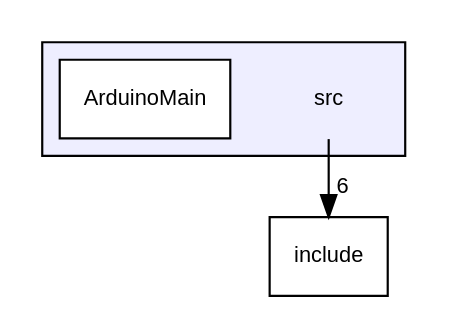
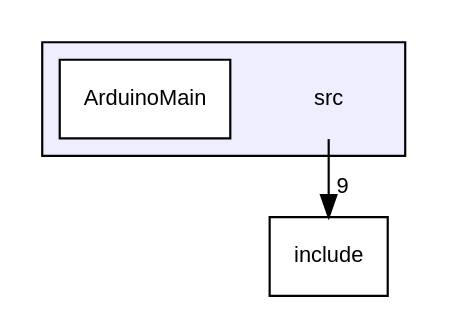
The diagram in docs/dir_68267d1309a1af8e8297ef4c3efbcdba_dep.dot (nkue-yst/MarbLED-SDK), drawn with Graphviz before and after one commit. The commit also changed 87 other files, not shown here.

```diff
--- a/docs/dir_68267d1309a1af8e8297ef4c3efbcdba_dep.dot
+++ b/docs/dir_68267d1309a1af8e8297ef4c3efbcdba_dep.dot
@@ -1,12 +1,12 @@
 digraph "src" {
   compound=true
   node [ fontsize="10", fontname="Helvetica"];
   edge [ labelfontsize="10", labelfontname="Helvetica"];
   subgraph clusterdir_68267d1309a1af8e8297ef4c3efbcdba {
     graph [ bgcolor="#eeeeff", pencolor="black", label="" URL="dir_68267d1309a1af8e8297ef4c3efbcdba.html"];
     dir_68267d1309a1af8e8297ef4c3efbcdba [shape=plaintext label="src"];
     dir_b16ace3952a06e3a2b46d4d4705e0869 [shape=box label="ArduinoMain" color="black" fillcolor="white" style="filled" URL="dir_b16ace3952a06e3a2b46d4d4705e0869.html"];
   }
   dir_d44c64559bbebec7f509842c48db8b23 [shape=box label="include" URL="dir_d44c64559bbebec7f509842c48db8b23.html"];
-  dir_68267d1309a1af8e8297ef4c3efbcdba->dir_d44c64559bbebec7f509842c48db8b23 [headlabel="6", labeldistance=1.5 headhref="dir_000002_000001.html"];
+  dir_68267d1309a1af8e8297ef4c3efbcdba->dir_d44c64559bbebec7f509842c48db8b23 [headlabel="9", labeldistance=1.5 headhref="dir_000002_000001.html"];
 }
```
